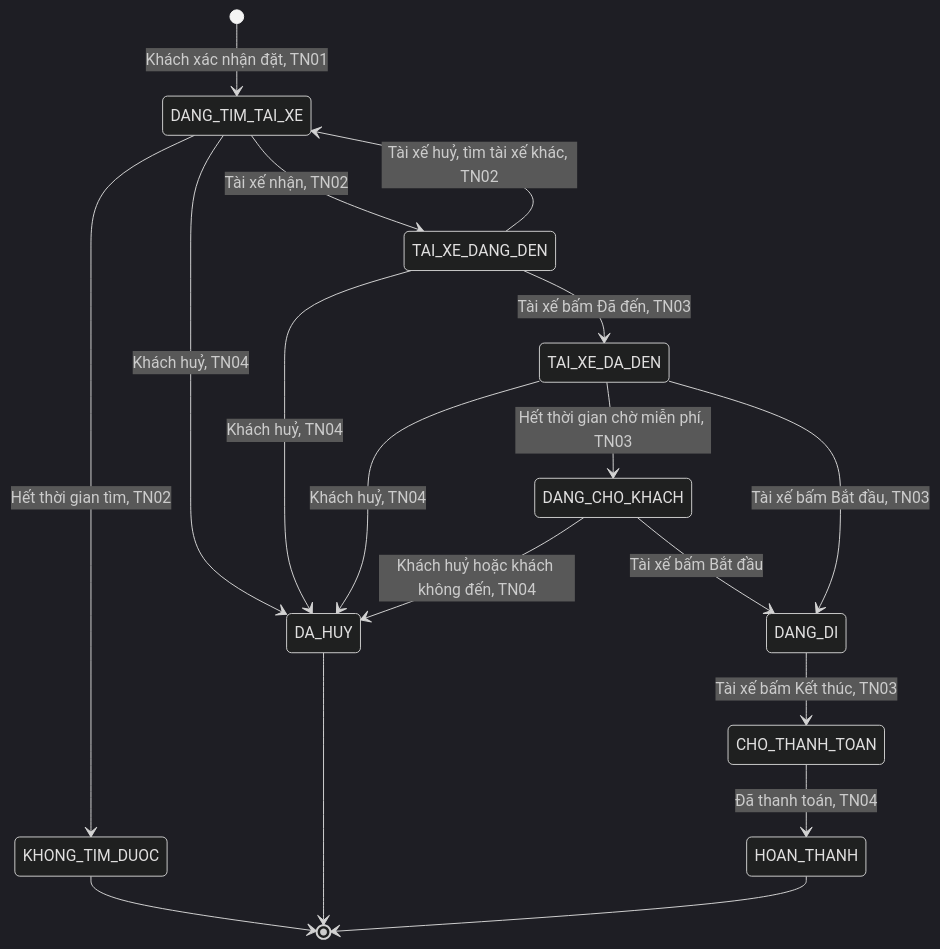
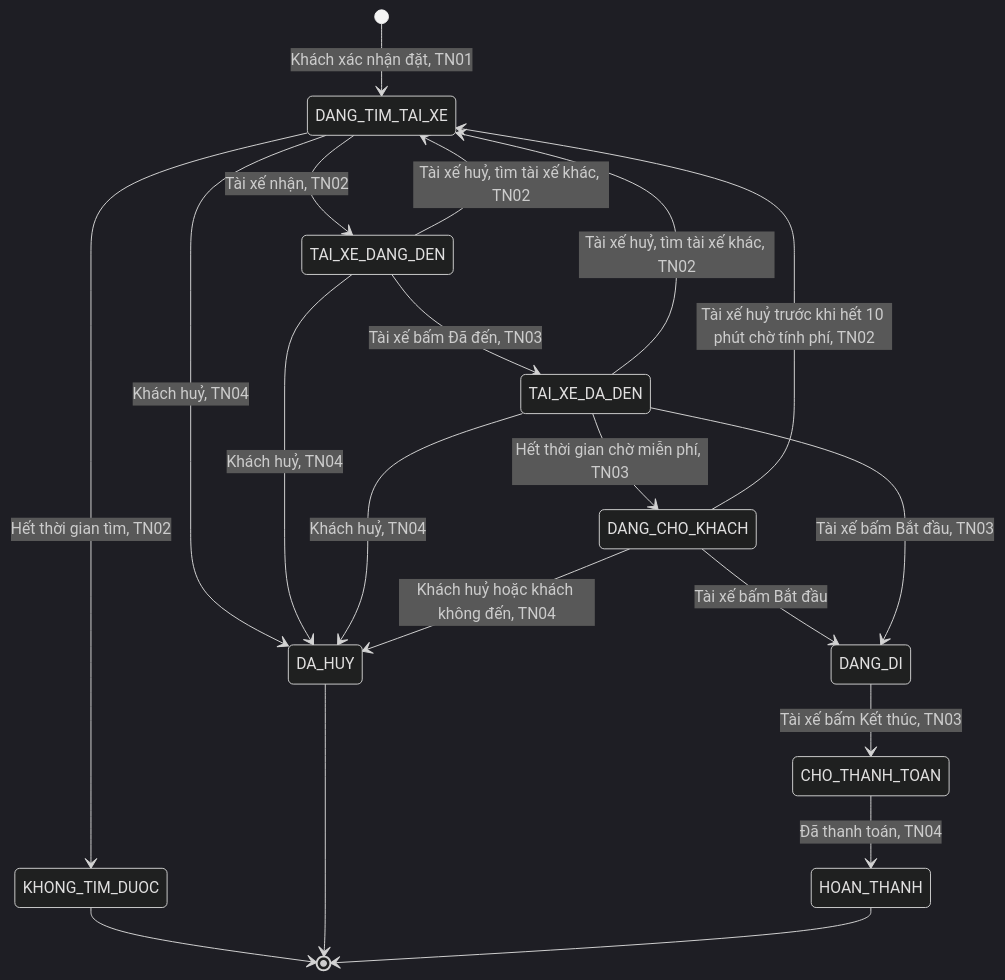
Before and after one commit to uxfoundation-vn/de04-dat-xe-cong-nghe: the first of 2 diagrams in README.md, drawn with Mermaid (dark theme). The commit also changed 7 other files, not shown here.

````diff
--- a/README.md
+++ b/README.md
@@ -20,20 +20,22 @@
 ```mermaid
 stateDiagram-v2
   [*] --> DANG_TIM_TAI_XE : Khách xác nhận đặt, TN01
   DANG_TIM_TAI_XE --> TAI_XE_DANG_DEN : Tài xế nhận, TN02
   DANG_TIM_TAI_XE --> KHONG_TIM_DUOC : Hết thời gian tìm, TN02
   DANG_TIM_TAI_XE --> DA_HUY : Khách huỷ, TN04
   TAI_XE_DANG_DEN --> TAI_XE_DA_DEN : Tài xế bấm Đã đến, TN03
   TAI_XE_DANG_DEN --> DANG_TIM_TAI_XE : Tài xế huỷ, tìm tài xế khác, TN02
   TAI_XE_DANG_DEN --> DA_HUY : Khách huỷ, TN04
   TAI_XE_DA_DEN --> DA_HUY : Khách huỷ, TN04
+  TAI_XE_DA_DEN --> DANG_TIM_TAI_XE : Tài xế huỷ, tìm tài xế khác, TN02
   TAI_XE_DA_DEN --> DANG_CHO_KHACH : Hết thời gian chờ miễn phí, TN03
   DANG_CHO_KHACH --> DANG_DI : Tài xế bấm Bắt đầu
   TAI_XE_DA_DEN --> DANG_DI : Tài xế bấm Bắt đầu, TN03
   DANG_CHO_KHACH --> DA_HUY : Khách huỷ hoặc khách không đến, TN04
+  DANG_CHO_KHACH --> DANG_TIM_TAI_XE : Tài xế huỷ trước khi hết 10 phút chờ tính phí, TN02
   DANG_DI --> CHO_THANH_TOAN : Tài xế bấm Kết thúc, TN03
   CHO_THANH_TOAN --> HOAN_THANH : Đã thanh toán, TN04
   KHONG_TIM_DUOC --> [*]
   DA_HUY --> [*]
   HOAN_THANH --> [*]
 ```
````
